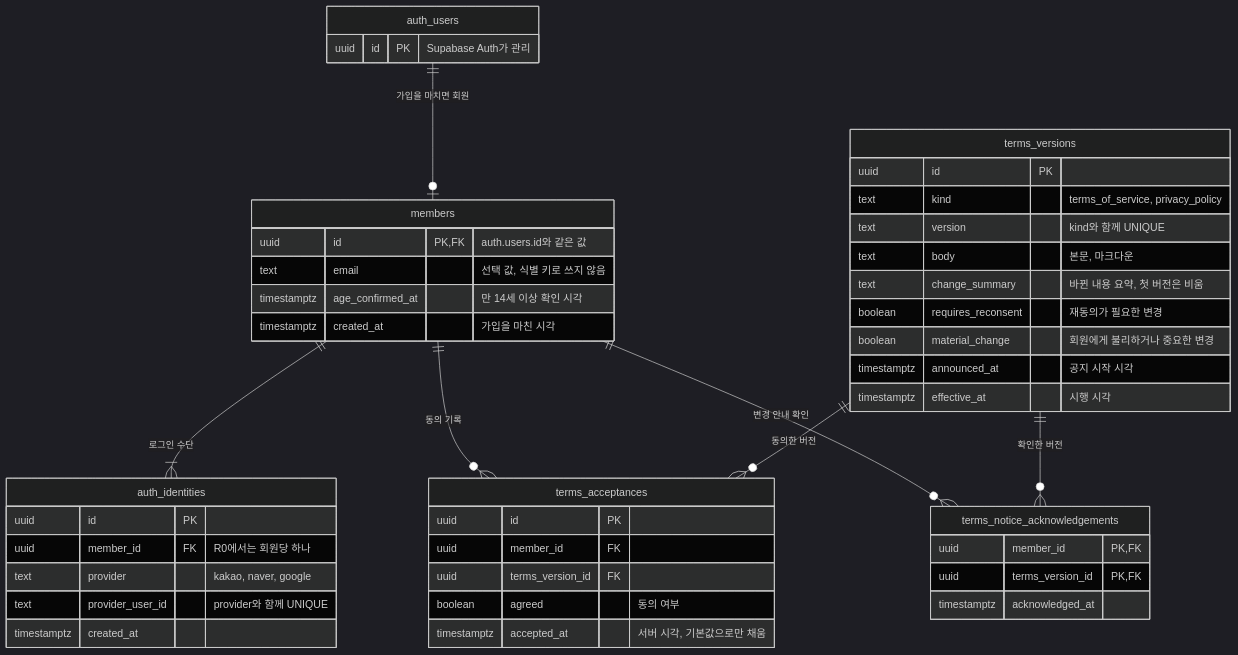
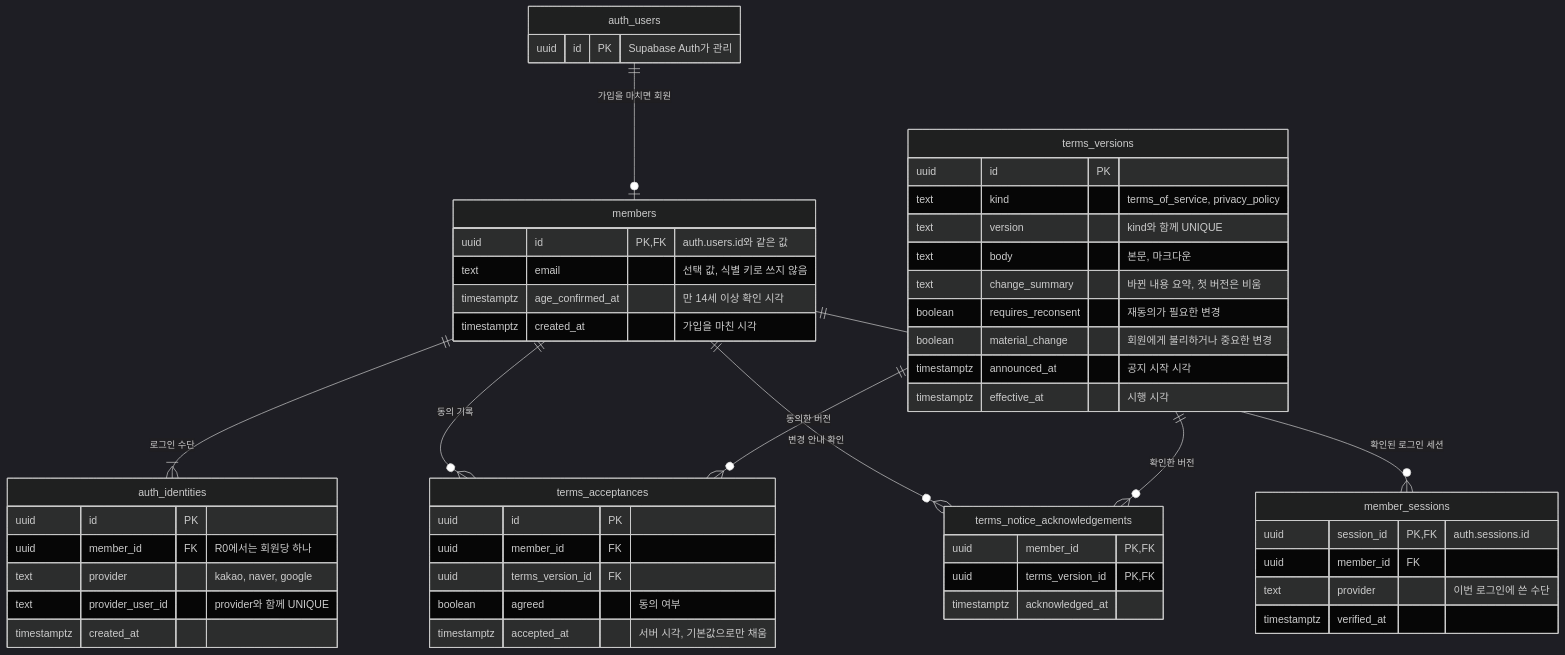
Before and after one commit to god3v/hamtteukka: the first of 2 diagrams in docs/specs/001-account/design/erd.md, drawn with Mermaid (dark theme). The commit also changed other lines of this file and 5 other files, not shown here.

````diff
--- a/docs/specs/001-account/design/erd.md
+++ b/docs/specs/001-account/design/erd.md
@@ -16,48 +16,55 @@
 ```mermaid
 erDiagram
   auth_users ||--o| members : "가입을 마치면 회원"
   members ||--|{ auth_identities : "로그인 수단"
   members ||--o{ terms_acceptances : "동의 기록"
   terms_versions ||--o{ terms_acceptances : "동의한 버전"
   members ||--o{ terms_notice_acknowledgements : "변경 안내 확인"
+  members ||--o{ member_sessions : "확인된 로그인 세션"
   terms_versions ||--o{ terms_notice_acknowledgements : "확인한 버전"
   auth_users {
     uuid id PK "Supabase Auth가 관리"
   }
   members {
     uuid id PK, FK "auth.users.id와 같은 값"
     text email "선택 값, 식별 키로 쓰지 않음"
     timestamptz age_confirmed_at "만 14세 이상 확인 시각"
     timestamptz created_at "가입을 마친 시각"
   }
   auth_identities {
     uuid id PK
     uuid member_id FK "R0에서는 회원당 하나"
     text provider "kakao, naver, google"
     text provider_user_id "provider와 함께 UNIQUE"
     timestamptz created_at
   }
   terms_versions {
     uuid id PK
     text kind "terms_of_service, privacy_policy"
     text version "kind와 함께 UNIQUE"
     text body "본문, 마크다운"
     text change_summary "바뀐 내용 요약, 첫 버전은 비움"
     boolean requires_reconsent "재동의가 필요한 변경"
     boolean material_change "회원에게 불리하거나 중요한 변경"
     timestamptz announced_at "공지 시작 시각"
     timestamptz effective_at "시행 시각"
   }
   terms_acceptances {
     uuid id PK
     uuid member_id FK
     uuid terms_version_id FK
     boolean agreed "동의 여부"
     timestamptz accepted_at "서버 시각, 기본값으로만 채움"
   }
   terms_notice_acknowledgements {
     uuid member_id PK, FK
     uuid terms_version_id PK, FK
     timestamptz acknowledged_at
   }
+  member_sessions {
+    uuid session_id PK, FK "auth.sessions.id"
+    uuid member_id FK
+    text provider "이번 로그인에 쓴 수단"
+    timestamptz verified_at
+  }
 ```
````
